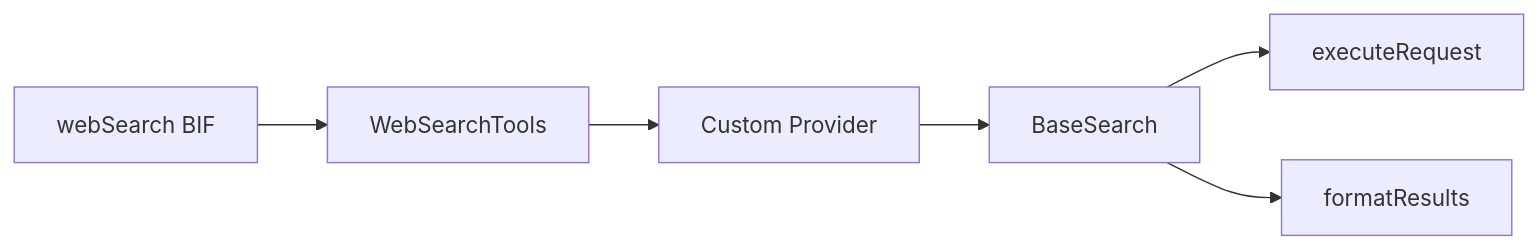
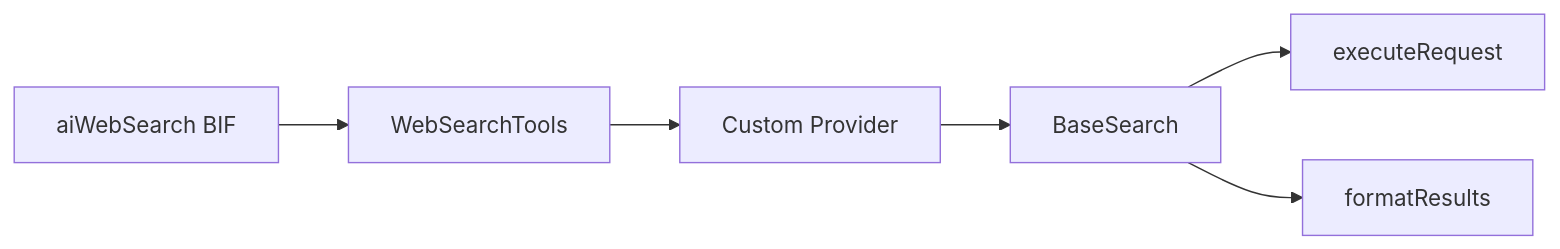
Before and after one commit to ortus-boxlang/bx-ai-docs: the diagram in extending-boxlang-ai/custom-web-search-providers.md, drawn with Mermaid. The commit also changed other lines of this file and 13 other files, not shown here.

````diff
--- a/extending-boxlang-ai/custom-web-search-providers.md
+++ b/extending-boxlang-ai/custom-web-search-providers.md
@@ -14,8 +14,8 @@
 ```mermaid
 graph LR
-    A[webSearch BIF] --> B[WebSearchTools]
+    A[aiWebSearch BIF] --> B[WebSearchTools]
     B --> C[Custom Provider]
     C --> D[BaseSearch]
     D --> E[executeRequest]
     D --> F[formatResults]
 ```
````
